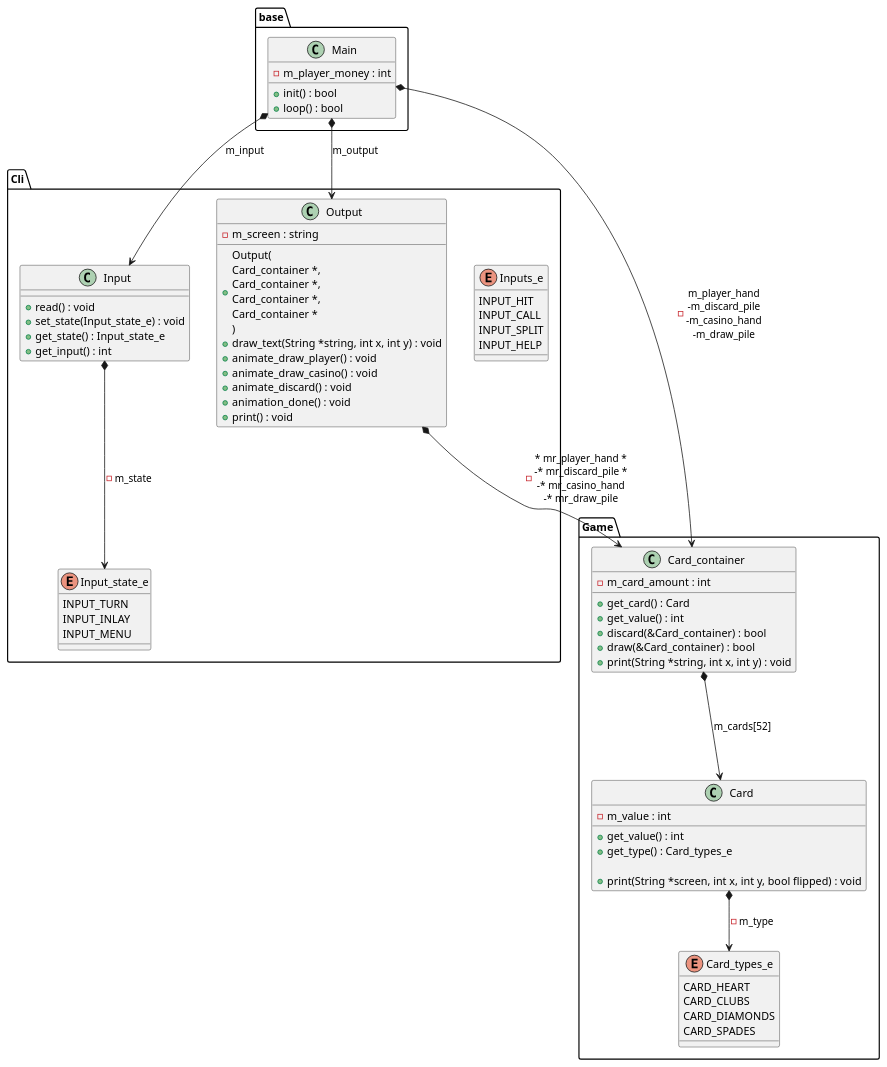
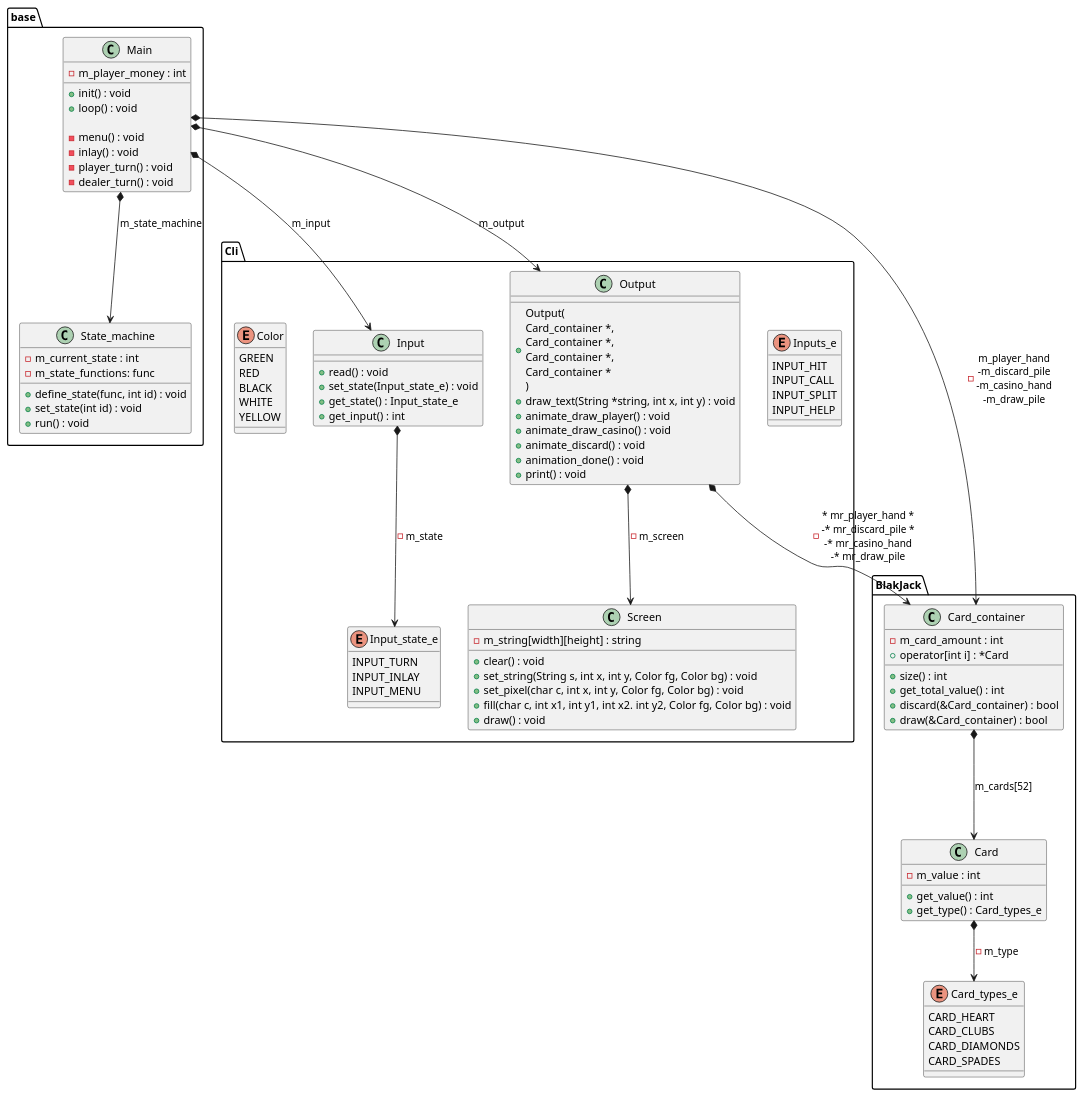
One commit to Noud-Janssen/oop_blackjack changed the diagram in docs/class_diagram.wsd. Above: the diagram before and after it, drawn with PlantUML. The commit also changed 3 other files, not shown here.

Commit message:
Worked on class diagram

```diff
--- a/docs/class_diagram.wsd
+++ b/docs/class_diagram.wsd
@@ -1,86 +1,116 @@
 @startuml class_diagram
 
 package base {
     class Main {
         -m_player_money : int
-        +init() : bool
-        +loop() : bool
+		+init() : void
+		+loop() : void
+
+		-menu() : void
+		-inlay() : void
+		-player_turn() : void
+		-dealer_turn() : void
     }
+
+	class State_machine {
+		-m_current_state : int
+		-m_state_functions: func
+		+define_state(func, int id) : void
+		+set_state(int id) : void
+		+run() : void
+	}
 }
+
+Main *--> State_machine : m_state_machine
 
 package Cli {
     enum Input_state_e {
         INPUT_TURN
         INPUT_INLAY
         INPUT_MENU
     }
 
     enum Inputs_e {
         INPUT_HIT
         INPUT_CALL
         INPUT_SPLIT
         INPUT_HELP
     }
 
     class Input {
         +read() : void
         +set_state(Input_state_e) : void
         +get_state() : Input_state_e
         +get_input() : int
     }
 
 
     class Output {
-		-m_screen : string
         +Output(\nCard_container *,\nCard_container *,\nCard_container *,\nCard_container *\n)
 		+draw_text(String *string, int x, int y) : void
 		+animate_draw_player() : void
 		+animate_draw_casino() : void
 		+animate_discard() : void
 		+animation_done() : void
         +print() : void
     }
+
+	enum Color {
+		GREEN
+		RED
+		BLACK
+		WHITE
+		YELLOW
+	}
+
+	class Screen {
+		-m_string[width][height] : string
+		+clear() : void
+		+set_string(String s, int x, int y, Color fg, Color bg) : void
+		+set_pixel(char c, int x, int y, Color fg, Color bg) : void
+		+fill(char c, int x1, int y1, int x2. int y2, Color fg, Color bg) : void
+		+draw() : void
+	}
 }
 
+Output *--> Screen : -m_screen
 Input *--> Input_state_e : -m_state
 
-package Game {
+package BlakJack {
     enum Card_types_e {
         CARD_HEART
         CARD_CLUBS
         CARD_DIAMONDS
         CARD_SPADES
     }
 
     class Card_container {
         -m_card_amount : int
-        +get_card() : Card
-        +get_value() : int
+        +operator[int i] : *Card
+		+size() : int
+        +get_total_value() : int
         +discard(&Card_container) : bool
         +draw(&Card_container) : bool
-		+print(String *string, int x, int y) : void
     }
 
     class Card {
         -m_value : int
         +get_value() : int
         +get_type() : Card_types_e
-
-		+print(String *screen, int x, int y, bool flipped) : void
 	}
 
     Card *--> Card_types_e : -m_type
     Card_container *---> Card : m_cards[52]
 
 }
 
 
 
 Main *--> Card_container : -m_player_hand\n-m_discard_pile\n-m_casino_hand\n-m_draw_pile
 Main *--> Input : m_input
 Main *--> Output : m_output
 
 Output *--> Card_container : -* mr_player_hand *\n-* mr_discard_pile *\n-* mr_casino_hand\n-* mr_draw_pile
 
 
 @enduml
```
